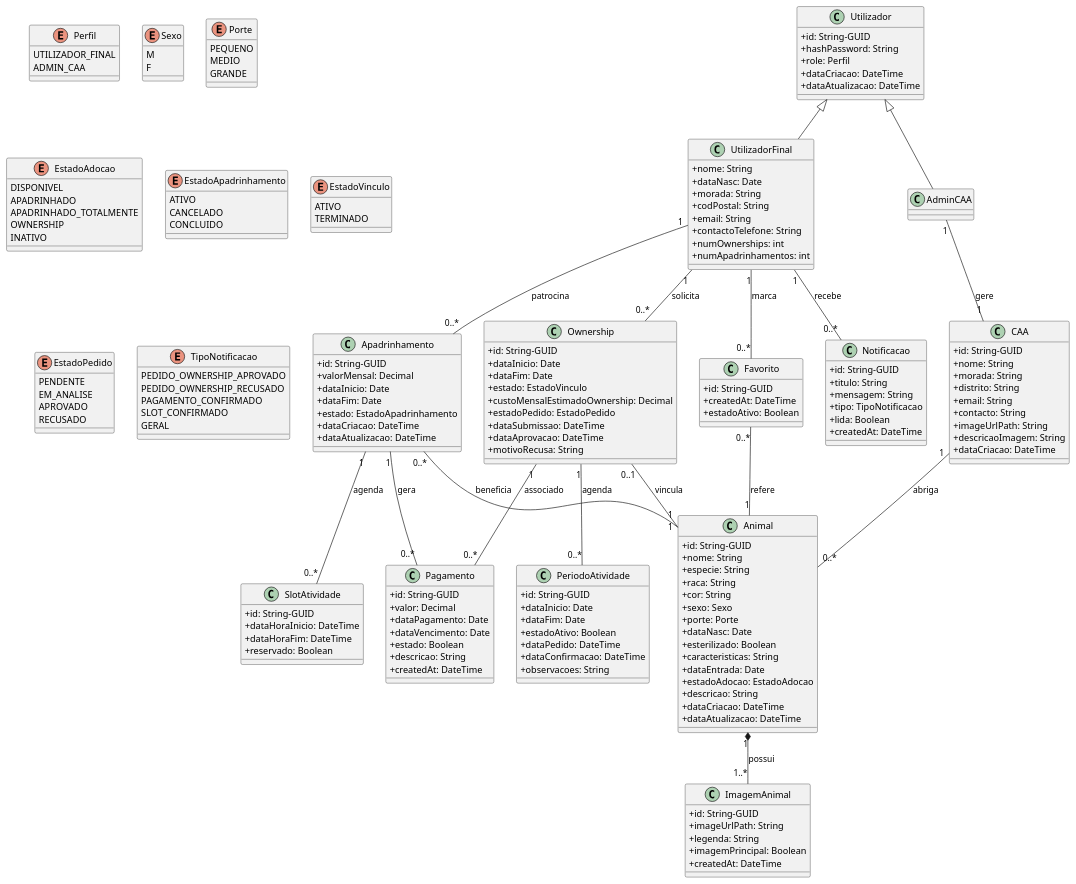
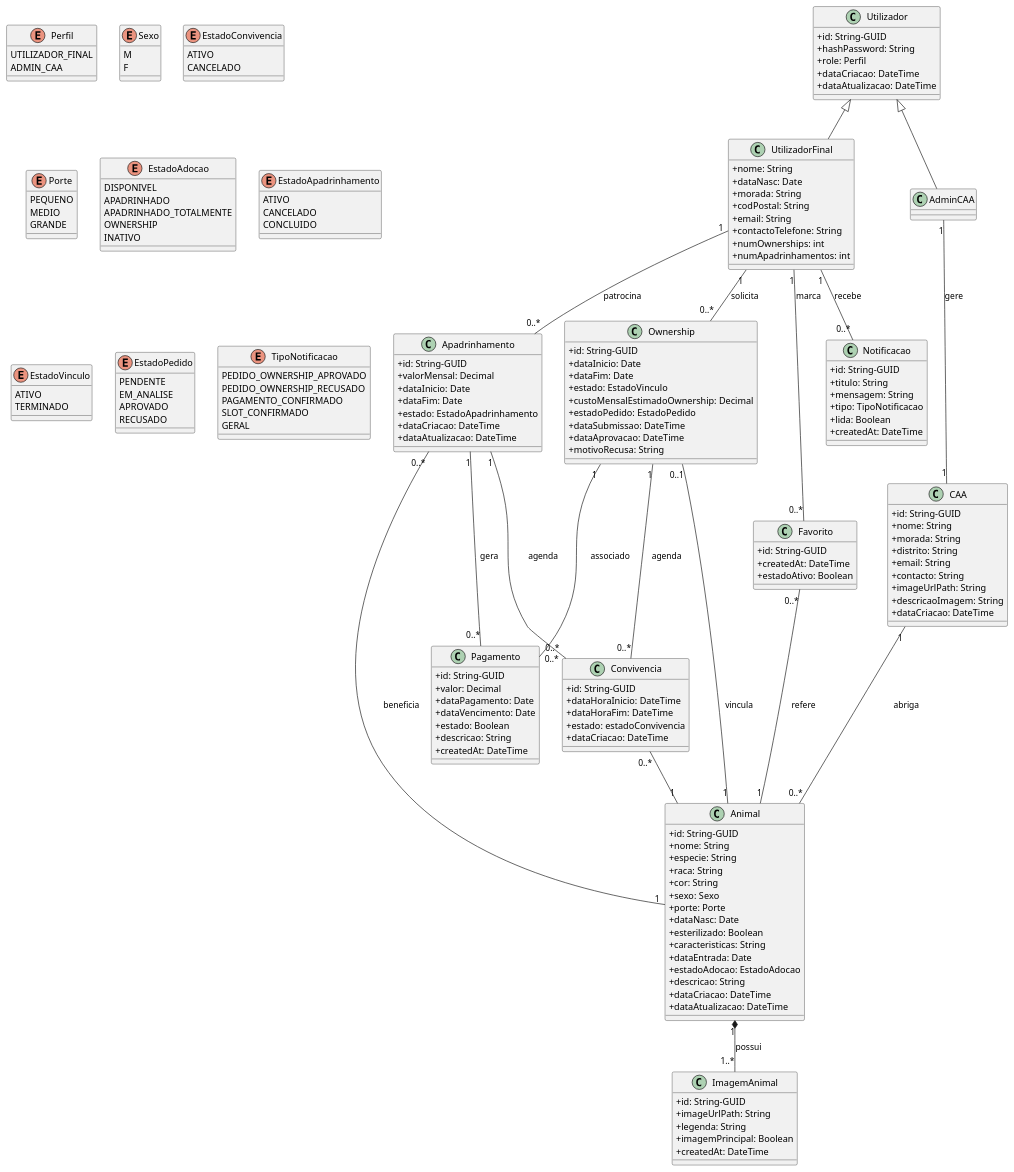
The diagram in artefactos_tecnicos/diagramas/DiagramaClasses.puml (see-paw/project-artifacts), drawn with PlantUML before and after one commit.

```diff
--- a/artefactos_tecnicos/diagramas/DiagramaClasses.puml
+++ b/artefactos_tecnicos/diagramas/DiagramaClasses.puml
@@ -79,11 +79,13 @@
   +dataAtualizacao: DateTime
 }
 
-class SlotAtividade {
+' ================ Convivencia (SlotConvivencia + PeriodoConvivencia) ================
+class Convivencia {
   +id: String-GUID
   +dataHoraInicio: DateTime
   +dataHoraFim: DateTime
-  +reservado: Boolean
+  +estado: estadoConvivencia
+  +dataCriacao: DateTime
 }
 
 ' ================ VÍNCULO RESPONSÁVEL (Ownership) ================
@@ -97,16 +99,6 @@
   +dataSubmissao: DateTime
   +dataAprovacao: DateTime
   +motivoRecusa: String
-}
-
-class PeriodoAtividade {
-  +id: String-GUID
-  +dataInicio: Date
-  +dataFim: Date
-  +estadoAtivo: Boolean
-  +dataPedido: DateTime
-  +dataConfirmacao: DateTime
-  +observacoes: String
 }
 
 ' ================ PAGAMENTOS (Mock) ================
@@ -145,6 +137,11 @@
 enum Sexo {
   M
   F
+}
+
+enum EstadoConvivencia {
+  ATIVO
+  CANCELADO
 }
 
 enum Porte {
@@ -193,17 +190,18 @@
 
 ' ================ RELAÇÕES ANIMAL ================
 Animal "1" *-- "1..*" ImagemAnimal : possui
+Convivencia "0..*" -- "1" Animal
 
 ' ================ RELAÇÕES APADRINHAMENTO ================
 UtilizadorFinal "1" -- "0..*" Apadrinhamento : patrocina
 Apadrinhamento  "0..*" -- "1" Animal : beneficia
-Apadrinhamento  "1" -- "0..*" SlotAtividade : agenda
+Apadrinhamento  "1" -- "0..*" Convivencia : agenda
 Apadrinhamento  "1" -- "0..*" Pagamento : gera
 
 ' ================ RELAÇÕES VÍNCULO RESPONSÁVEL ================
 UtilizadorFinal "1" -- "0..*" Ownership : solicita
 Ownership "0..1" -- "1" Animal : vincula
-Ownership "1" -- "0..*" PeriodoAtividade : agenda
+Ownership "1" -- "0..*" Convivencia : agenda
 Ownership "1" -- "0..*" Pagamento : associado
 
 ' ================ RELAÇÕES UTILIZADOR ================
```
